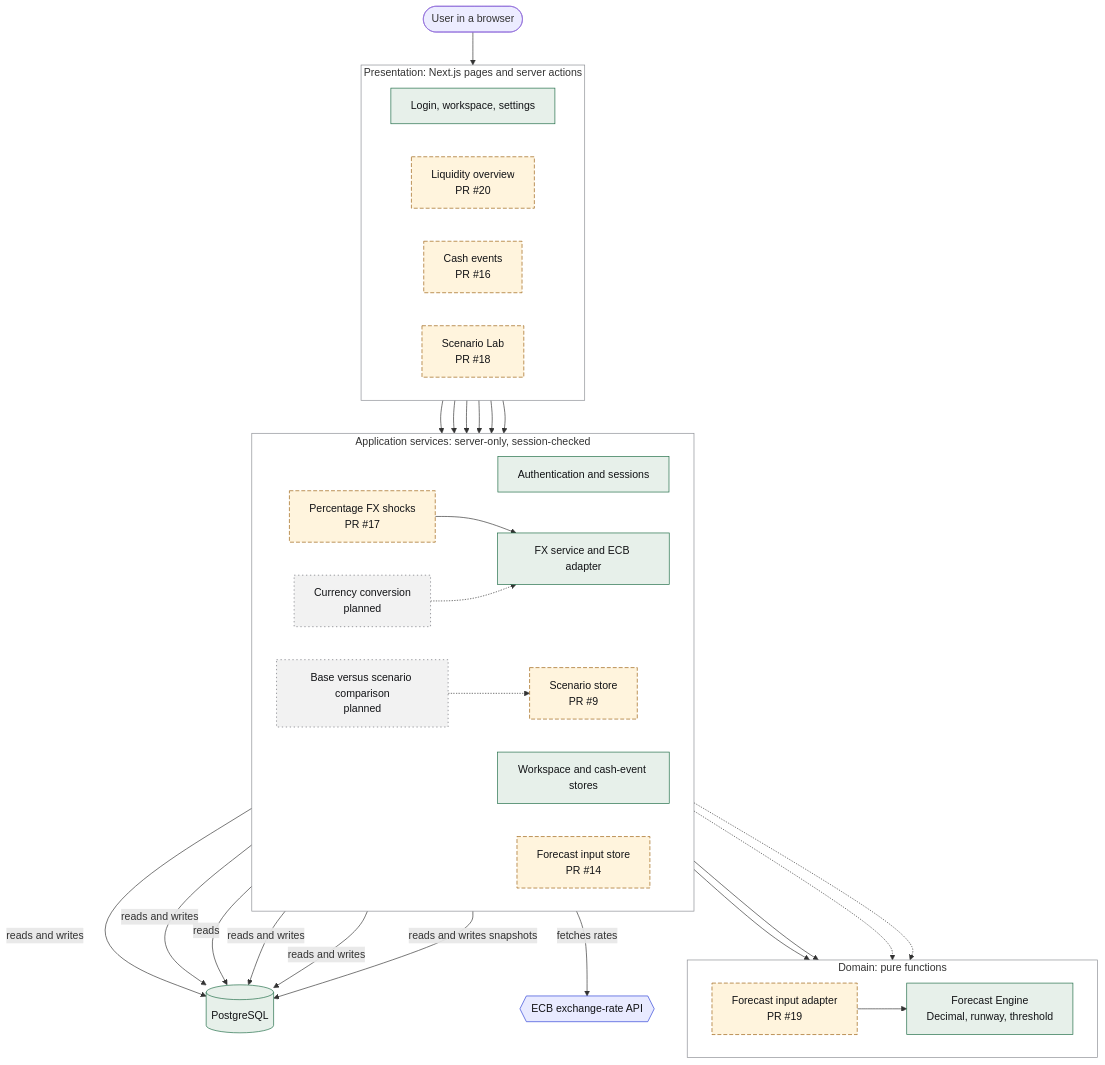
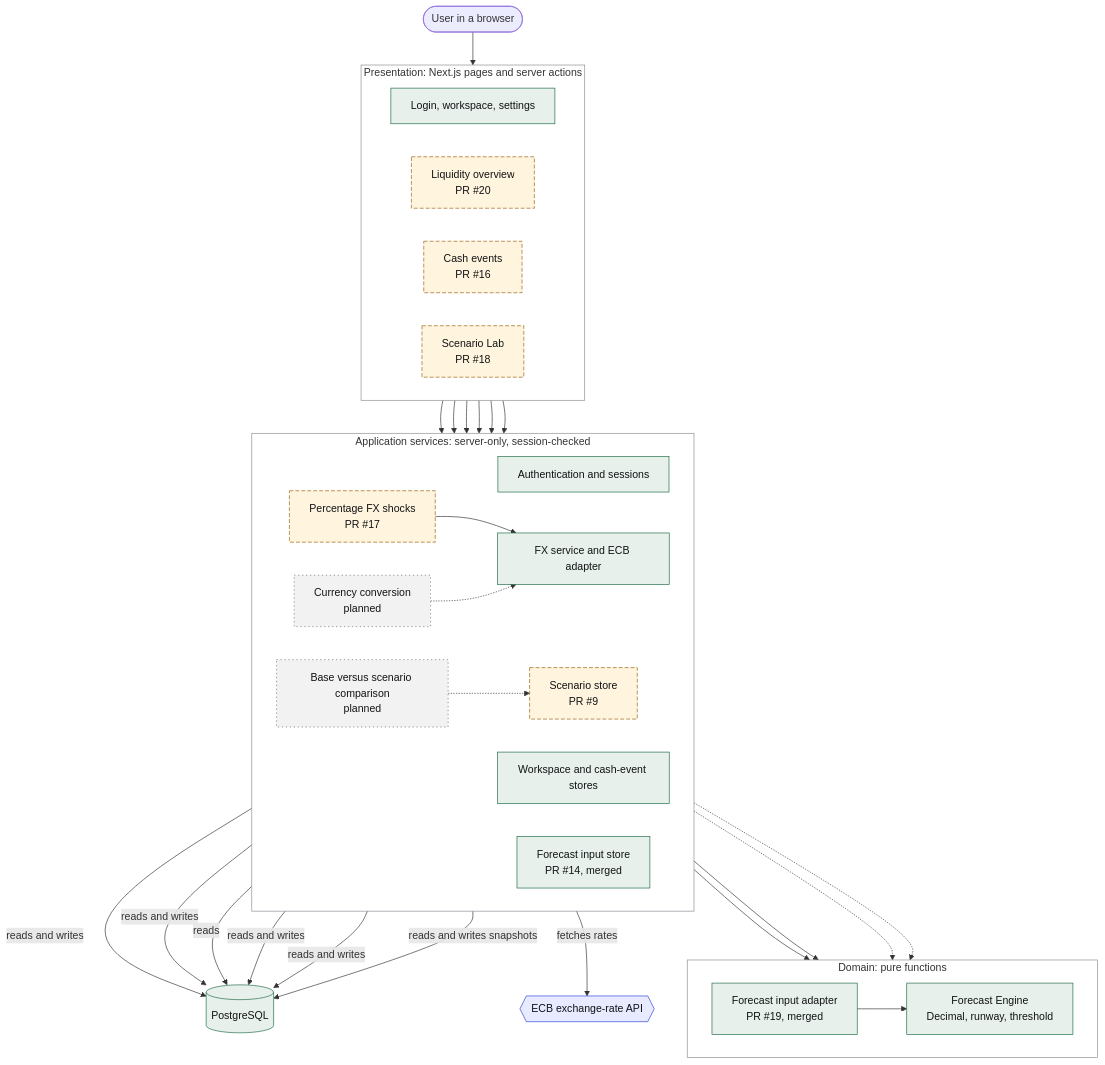
The diagram in docs/architecture.md (spqrcode/fseproject), drawn with Mermaid before and after one commit. The commit also changed other lines of this file and 1 other file, not shown here.

First line of the commit message:
docs: mark the forecast input store and adapter as implemented

````diff
--- a/docs/architecture.md
+++ b/docs/architecture.md
@@ -7,65 +7,65 @@
 ```mermaid
 flowchart TB
   classDef done fill:#e7f0ea,stroke:#1e6b45,color:#121316
   classDef pr fill:#fff4dd,stroke:#9a5d0c,stroke-dasharray:6 3,color:#121316
   classDef plan fill:#f2f2f2,stroke:#6b6d74,stroke-dasharray:2 4,color:#121316
   classDef ext fill:#e8eaff,stroke:#2b3fd6,color:#121316
 
   User([User in a browser])
 
   subgraph Pres["Presentation: Next.js pages and server actions"]
     direction LR
     UI["Login, workspace, settings"]:::done
     Overview["Liquidity overview<br/>PR #20"]:::pr
     Events["Cash events<br/>PR #16"]:::pr
     Lab["Scenario Lab<br/>PR #18"]:::pr
   end
 
   subgraph Svc["Application services: server-only, session-checked"]
     direction LR
     Auth["Authentication and sessions"]:::done
     Stores["Workspace and cash-event stores"]:::done
-    Input["Forecast input store<br/>PR #14"]:::pr
+    Input["Forecast input store<br/>PR #14, merged"]:::done
     Scen["Scenario store<br/>PR #9"]:::pr
     Shock["Percentage FX shocks<br/>PR #17"]:::pr
     FX["FX service and ECB adapter"]:::done
     Conv["Currency conversion<br/>planned"]:::plan
     Cmp["Base versus scenario comparison<br/>planned"]:::plan
   end
 
   subgraph Dom["Domain: pure functions"]
     direction LR
-    Adapter["Forecast input adapter<br/>PR #19"]:::pr
+    Adapter["Forecast input adapter<br/>PR #19, merged"]:::done
     Engine["Forecast Engine<br/>Decimal, runway, threshold"]:::done
   end
 
   DB[("PostgreSQL")]:::done
   ECB{{"ECB exchange-rate API"}}:::ext
 
   User --> Pres
   UI --> Auth
   UI --> Stores
   Events --> Stores
   Overview --> Input
   Lab --> Scen
   Lab --> Shock
   Input --> Adapter
   Adapter --> Engine
   Scen --> Engine
   Auth -- "reads and writes" --> DB
   Stores -- "reads and writes" --> DB
   Input -- "reads" --> DB
   Scen -- "reads and writes" --> DB
   Shock -- "reads and writes" --> DB
   FX -- "reads and writes snapshots" --> DB
   FX -- "fetches rates" --> ECB
   Shock --> FX
   Conv -.-> FX
   Conv -.-> Engine
   Cmp -.-> Scen
   Cmp -.-> Engine
 
   style Pres fill:#ffffff,stroke:#8b8d93
   style Svc fill:#ffffff,stroke:#8b8d93
   style Dom fill:#ffffff,stroke:#8b8d93
 ```
````
